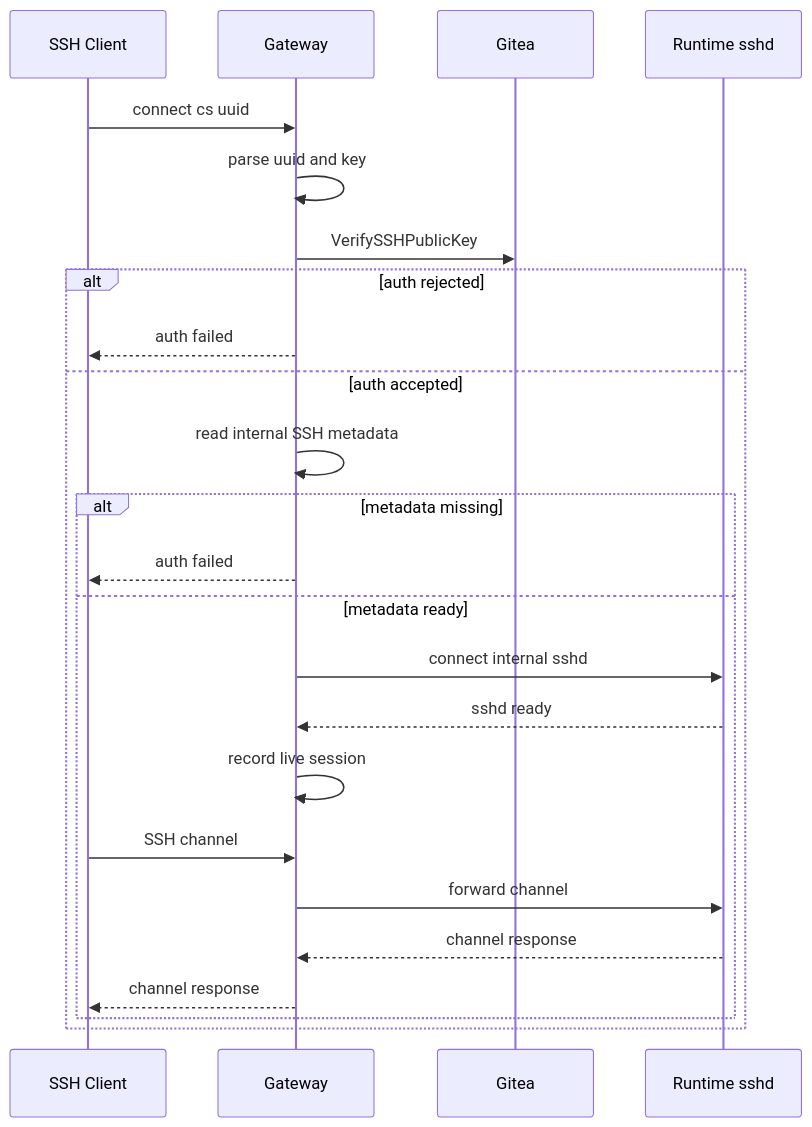
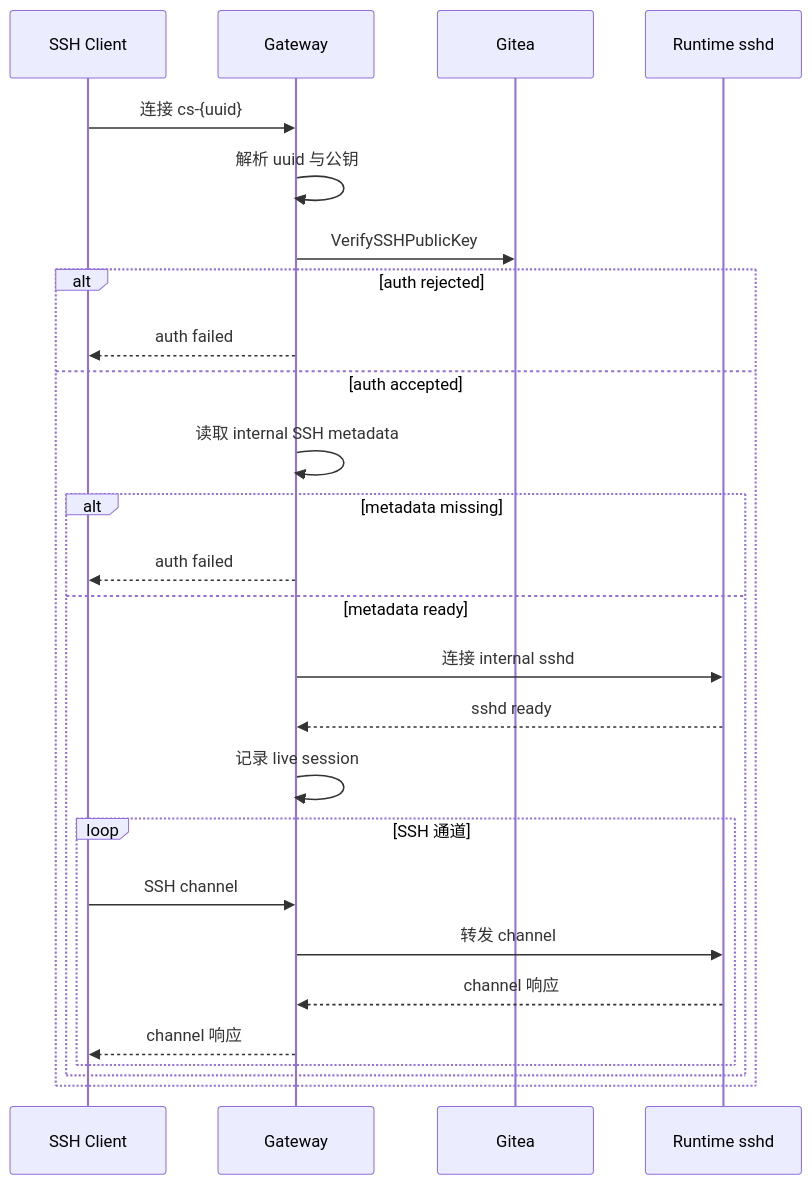
One commit to ExplodingDragon/gitea-dev changed the third of 3 diagrams in src/manager-gateway.md. Above: the diagram before and after it, drawn with Mermaid. The commit also changed other lines of this file and 8 other files, not shown here.

````diff
--- a/src/manager-gateway.md
+++ b/src/manager-gateway.md
@@ -533,27 +533,29 @@
 ```mermaid
 sequenceDiagram
     participant C as SSH Client
     participant W as Gateway
     participant G as Gitea
     participant R as Runtime sshd
 
-    C->>W: connect cs uuid
-    W->>W: parse uuid and key
+    C->>W: 连接 cs-{uuid}
+    W->>W: 解析 uuid 与公钥
     W->>G: VerifySSHPublicKey
     alt auth rejected
         W-->>C: auth failed
     else auth accepted
-        W->>W: read internal SSH metadata
+        W->>W: 读取 internal SSH metadata
         alt metadata missing
             W-->>C: auth failed
         else metadata ready
-            W->>R: connect internal sshd
+            W->>R: 连接 internal sshd
             R-->>W: sshd ready
-            W->>W: record live session
-            C->>W: SSH channel
-            W->>R: forward channel
-            R-->>W: channel response
-            W-->>C: channel response
+            W->>W: 记录 live session
+            loop SSH 通道
+                C->>W: SSH channel
+                W->>R: 转发 channel
+                R-->>W: channel 响应
+                W-->>C: channel 响应
+            end
         end
     end
 ```
````
